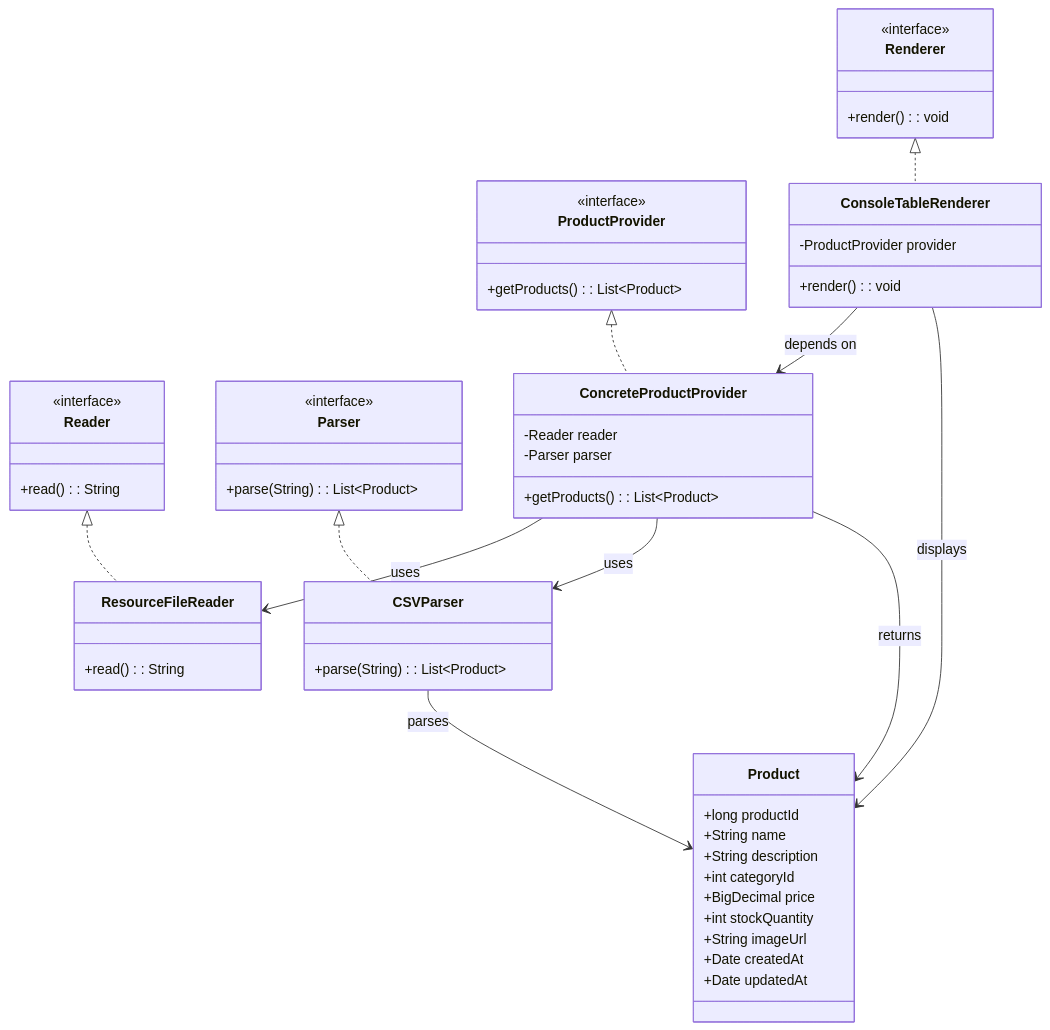
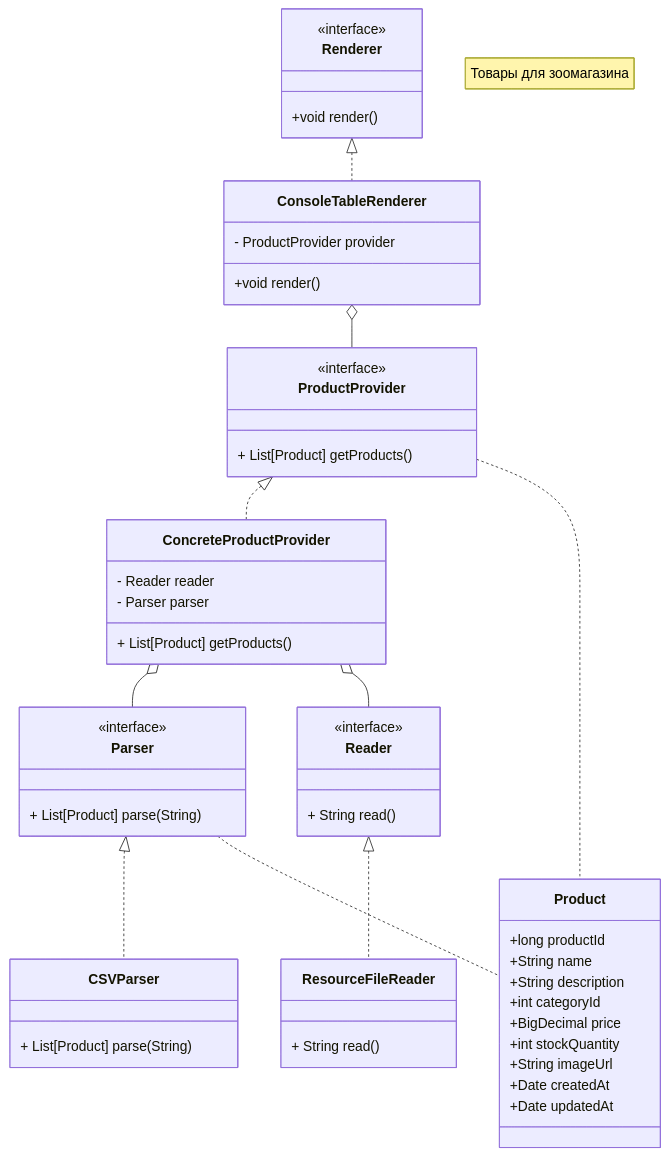
Before and after one commit to chistikova/cad-2025: the diagram in les02/lab/README.md, drawn with Mermaid. The commit also changed 1 other file, not shown here.

Commit message:
otsh 1 2

````diff
--- a/les02/lab/README.md
+++ b/les02/lab/README.md
@@ -33,72 +33,66 @@
  ``` mermaid 
+
 classDiagram
-    %% Интерфейсы
-    class Reader {
-        <<interface>>
-        +read(): String
-    }
+    note "Товары для зоомагазина"
+    Reader <|.. ResourceFileReader
+    Parser <|.. CSVParser
+    ProductProvider <|.. ConcreteProductProvider
+    ConcreteProductProvider o-- Parser
+    ConcreteProductProvider o-- Reader
+    Renderer <|.. ConsoleTableRenderer
+    ConsoleTableRenderer o-- ProductProvider
+    ProductProvider .. Product
+    Parser .. Product
 
-    class Parser {
-        <<interface>>
-        +parse(String): List~Product~
-    }
-
-    class ProductProvider {
-        <<interface>>
-        +getProducts(): List~Product~
-    }
-
-    class Renderer {
-        <<interface>>
-        +render(): void
-    }
-
-    %% Сущность
-    class Product {
+    class  Product {
         +long productId
         +String name
         +String description
         +int categoryId
         +BigDecimal price
         +int stockQuantity
         +String imageUrl
         +Date createdAt
         +Date updatedAt
     }
 
-    %% Реализации
+    class  Reader{
+        + String read()
+    }
+    <<interface>> Reader
+
     class ResourceFileReader {
-        +read(): String
+        + String read()
     }
 
+    class  Parser{
+        + List[Product] parse(String)
+    }
+    <<interface>> Parser
+
     class CSVParser {
-        +parse(String): List~Product~
+        + List[Product] parse(String)
     }
 
-    class ConcreteProductProvider {
-        -Reader reader
-        -Parser parser
-        +getProducts(): List~Product~
+    class  Renderer{
+        +void render()
+    }
+    <<interface>> Renderer
+
+    class ConsoleTableRenderer {
+        - ProductProvider provider
+        +void render()
     }
 
-    class ConsoleTableRenderer {
-        -ProductProvider provider
-        +render(): void
+
+    class ProductProvider {
+        + List[Product] getProducts()
     }
+    <<interface>> ProductProvider
 
-    %% Отношения
-    Reader <|.. ResourceFileReader
-    Parser <|.. CSVParser
-    ProductProvider <|.. ConcreteProductProvider
-    Renderer <|.. ConsoleTableRenderer
-
-    ConcreteProductProvider --> ResourceFileReader : uses
-    ConcreteProductProvider --> CSVParser : uses
-    ConcreteProductProvider --> Product : returns
-
-    ConsoleTableRenderer --> ConcreteProductProvider : depends on
-    ConsoleTableRenderer --> Product : displays
-
-    CSVParser --> Product : parses
-
+    class ConcreteProductProvider{
+        - Reader reader
+        - Parser parser
+       + List[Product] getProducts()
+    }
     ```
````
